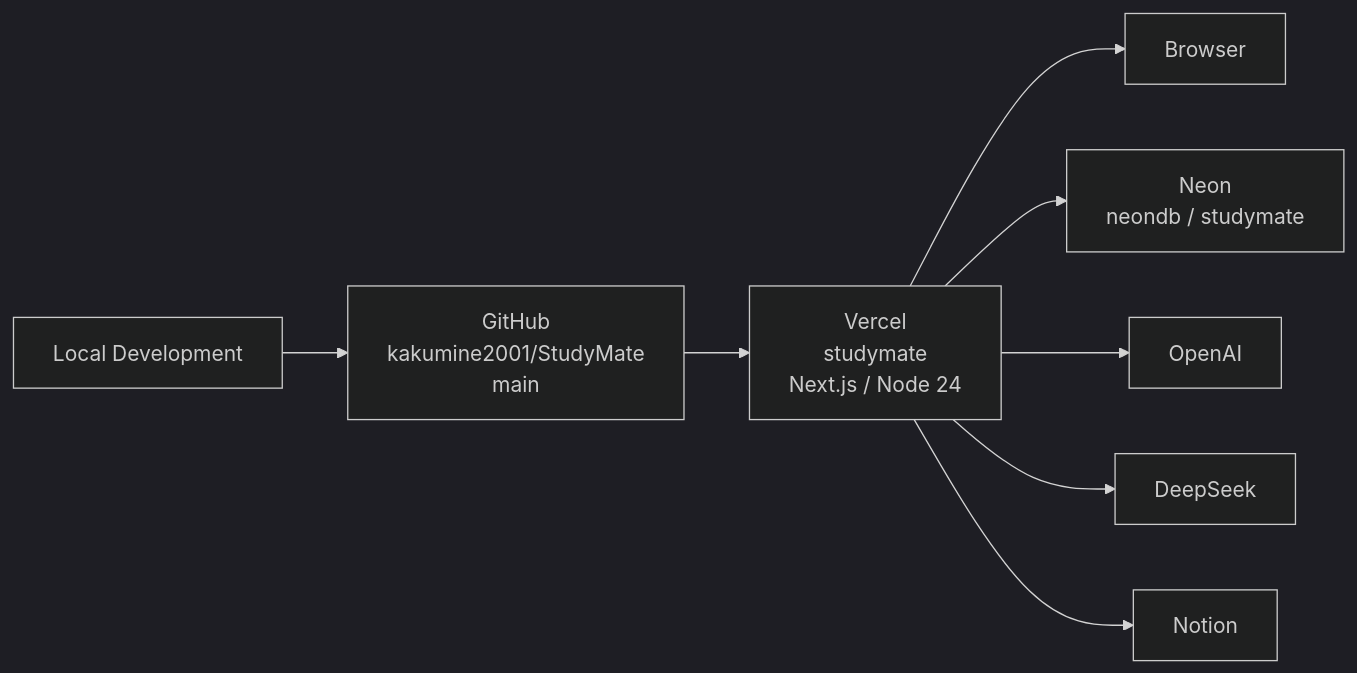
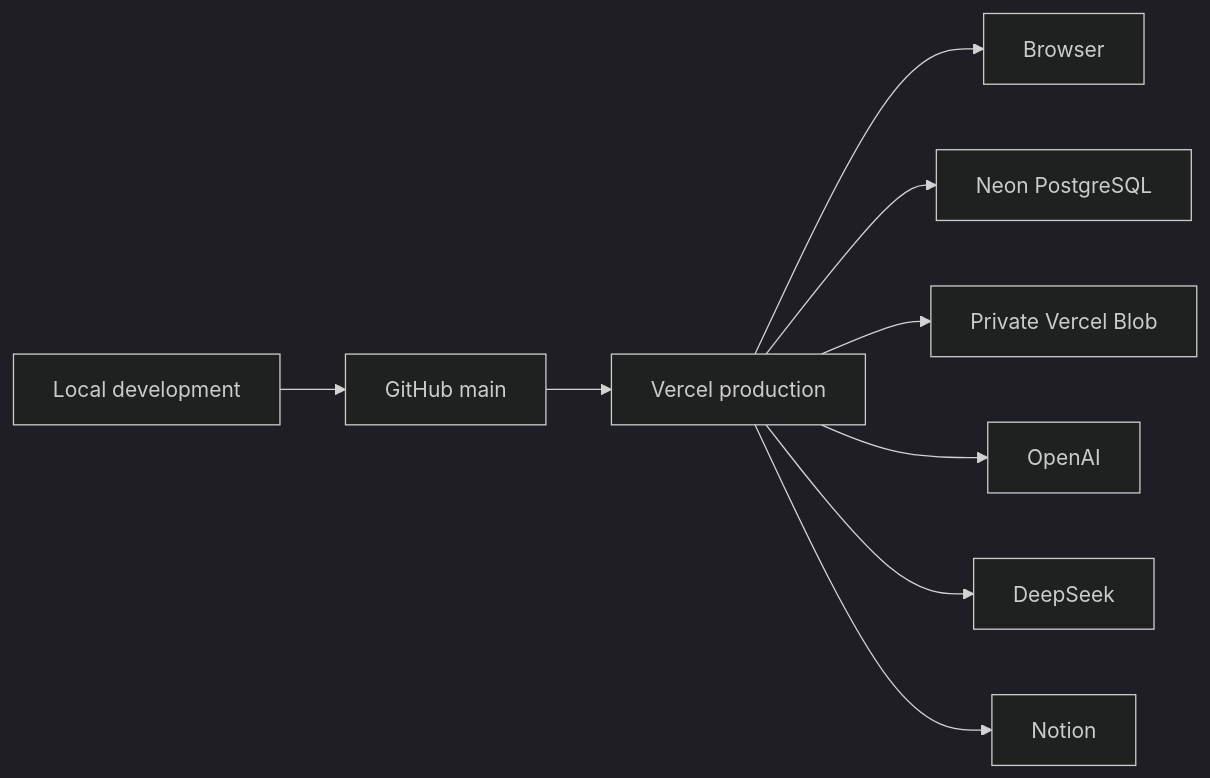
One commit to kakumine2001/NoteFable changed the diagram in docs/architecture/deployment.md. Above: the diagram before and after it, drawn with Mermaid (dark theme). The commit also changed other lines of this file and 6 other files, not shown here.

Commit message:
docs: consolidate architecture overview and harden Mermaid

````diff
--- a/docs/architecture/deployment.md
+++ b/docs/architecture/deployment.md
@@ -62,19 +62,11 @@
 ```mermaid
 flowchart LR
-    DEV["Local Development"]
-    GH["GitHub<br/>kakumine2001/StudyMate<br/>main"]
-    V["Vercel<br/>studymate<br/>Next.js / Node 24"]
-    USERS["Browser"]
-    DB["Neon<br/>neondb / studymate"]
-    OAI["OpenAI"]
-    DS["DeepSeek"]
-    N["Notion"]
-
-    DEV --> GH
-    GH --> V
-    V --> USERS
-    V --> DB
-    V --> OAI
-    V --> DS
-    V --> N
+    Local["Local development"] --> GitHub["GitHub main"]
+    GitHub --> Vercel["Vercel production"]
+    Vercel --> Browser["Browser"]
+    Vercel --> Neon["Neon PostgreSQL"]
+    Vercel --> Blob["Private Vercel Blob"]
+    Vercel --> OpenAI["OpenAI"]
+    Vercel --> DeepSeek["DeepSeek"]
+    Vercel --> Notion["Notion"]
 ```
````
